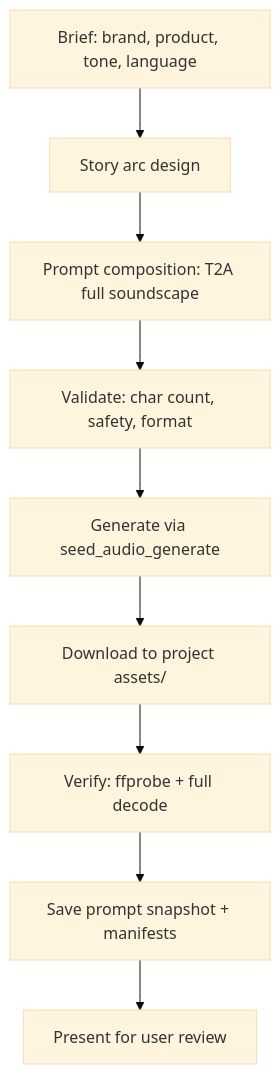
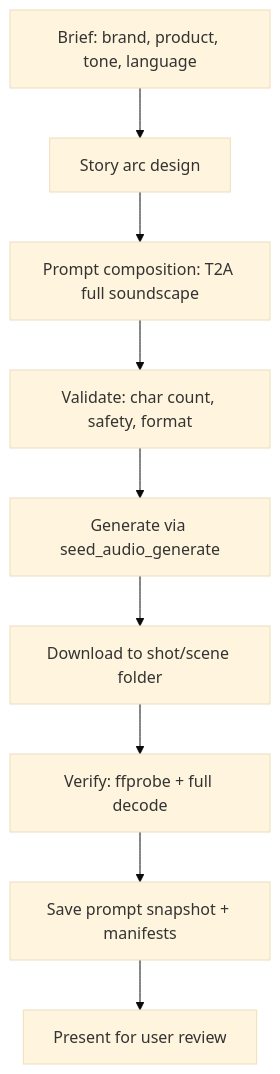
Before and after one commit to ArthurReimus-ByteDance/ark-director: the first of 2 diagrams in .agents/skills/seed-audio-commercial/SKILL.md, drawn with Mermaid (base theme). The commit also changed other lines of this file, not shown here.

````diff
--- a/.agents/skills/seed-audio-commercial/SKILL.md
+++ b/.agents/skills/seed-audio-commercial/SKILL.md
@@ -59,11 +59,11 @@
 ```mermaid
 flowchart TD
   G[Brief: brand, product, tone, language] --> H[Story arc design]
   H --> P[Prompt composition: T2A full soundscape]
   P --> V[Validate: char count, safety, format]
   V --> S[Generate via seed_audio_generate]
-  S --> D[Download to project assets/]
+  S --> D[Download to shot/scene folder]
   D --> Q[Verify: ffprobe + full decode]
   Q --> M[Save prompt snapshot + manifests]
   M --> R[Present for user review]
 ```
````
